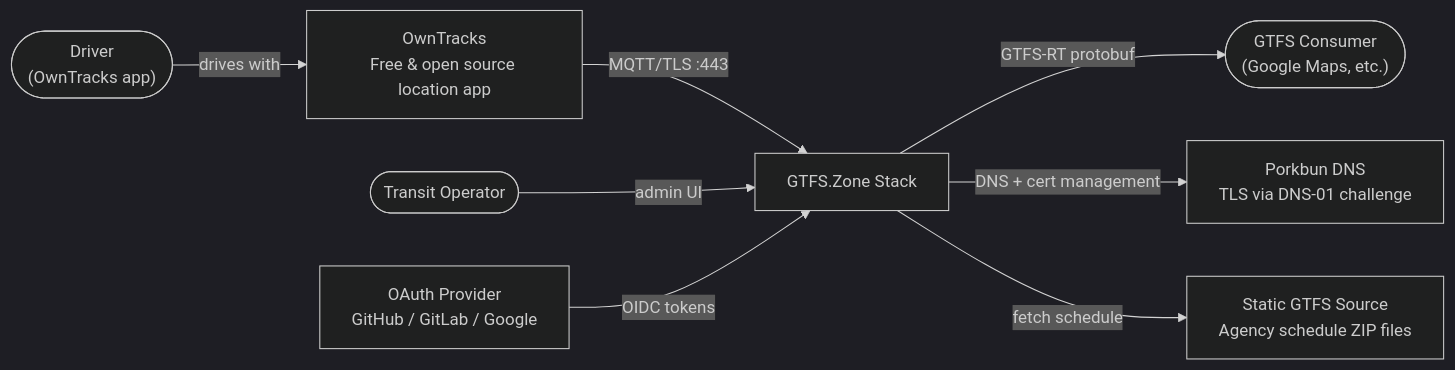
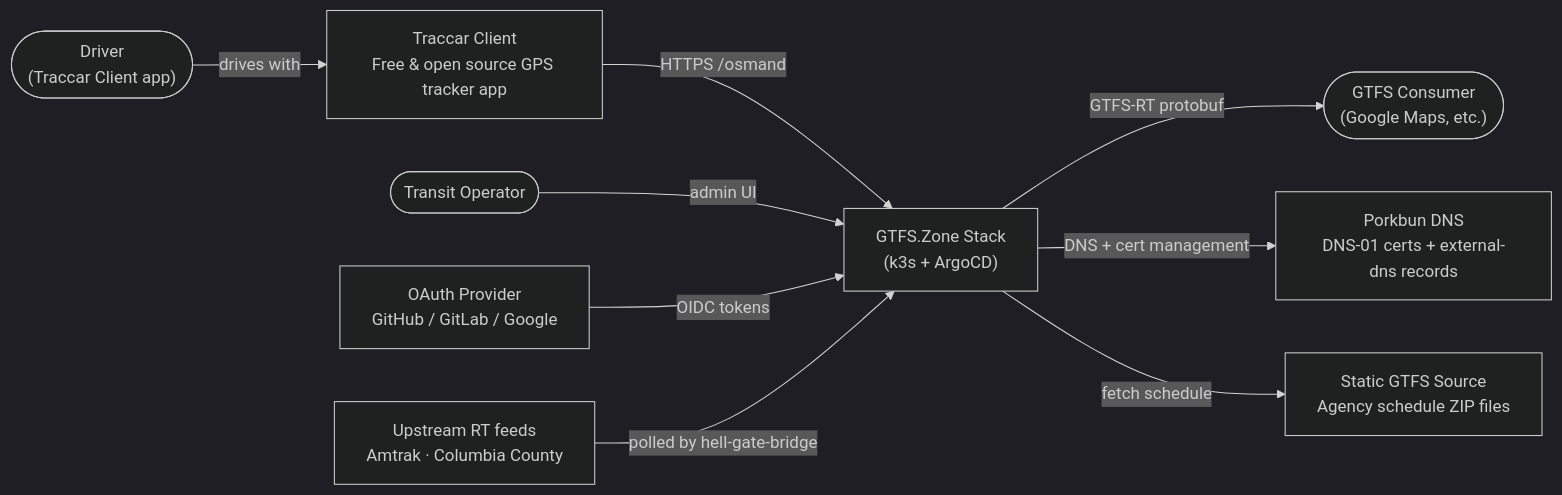
One commit to gtfs-zone/deploy-gtfs-rt changed the third of 7 diagrams in README.md. Above: the diagram before and after it, drawn with Mermaid (dark theme). The commit also changed other lines of this file and 39 other files, not shown here.

````diff
--- a/README.md
+++ b/README.md
@@ -141,21 +145,23 @@
 ```mermaid
 flowchart LR
-    driver(["Driver<br>(OwnTracks app)"])
+    driver(["Driver<br>(Traccar Client app)"])
     operator(["Transit Operator"])
     consumer(["GTFS Consumer<br>(Google Maps, etc.)"])
 
-    owntracks["OwnTracks<br>Free & open source location app"]
+    traccar_app["Traccar Client<br>Free & open source GPS tracker app"]
     oauth["OAuth Provider<br>GitHub / GitLab / Google"]
-    porkbun["Porkbun DNS<br>TLS via DNS-01 challenge"]
+    porkbun["Porkbun DNS<br>DNS-01 certs + external-dns records"]
     gtfs_src["Static GTFS Source<br>Agency schedule ZIP files"]
+    upstream["Upstream RT feeds<br>Amtrak · Columbia County"]
 
-    stack["GTFS.Zone Stack"]
+    stack["GTFS.Zone Stack<br>(k3s + ArgoCD)"]
 
-    driver -->|"drives with"| owntracks
-    owntracks -->|"MQTT/TLS :443"| stack
+    driver -->|"drives with"| traccar_app
+    traccar_app -->|"HTTPS /osmand"| stack
     operator -->|"admin UI"| stack
     stack -->|"GTFS-RT protobuf"| consumer
     stack -->|"DNS + cert management"| porkbun
     oauth -->|"OIDC tokens"| stack
     stack -->|"fetch schedule"| gtfs_src
+    upstream -->|"polled by hell-gate-bridge"| stack
 ```
````
